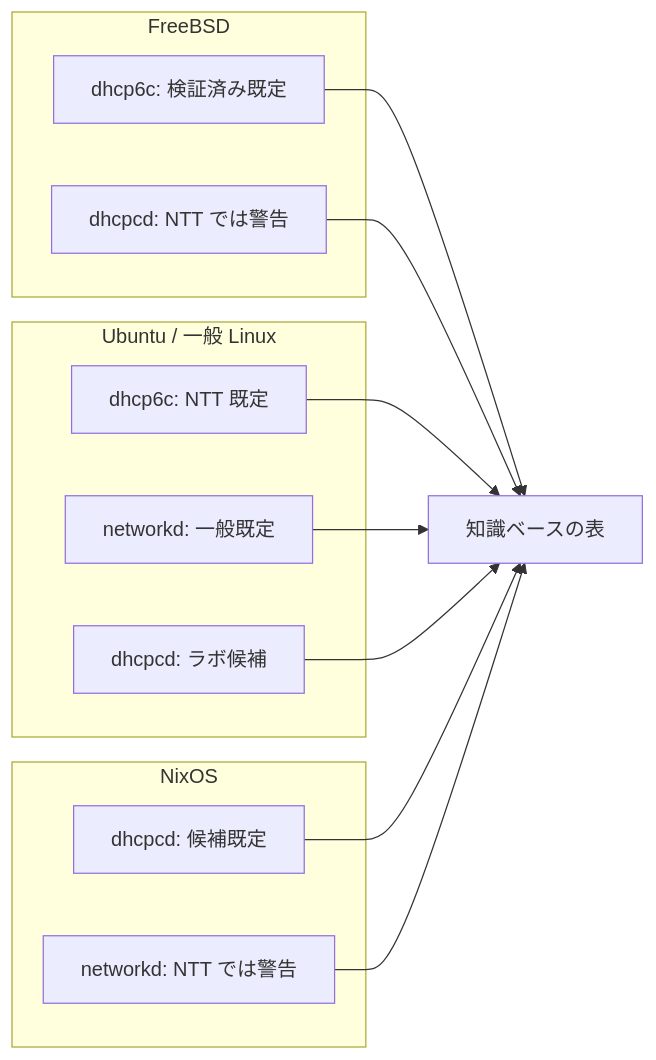
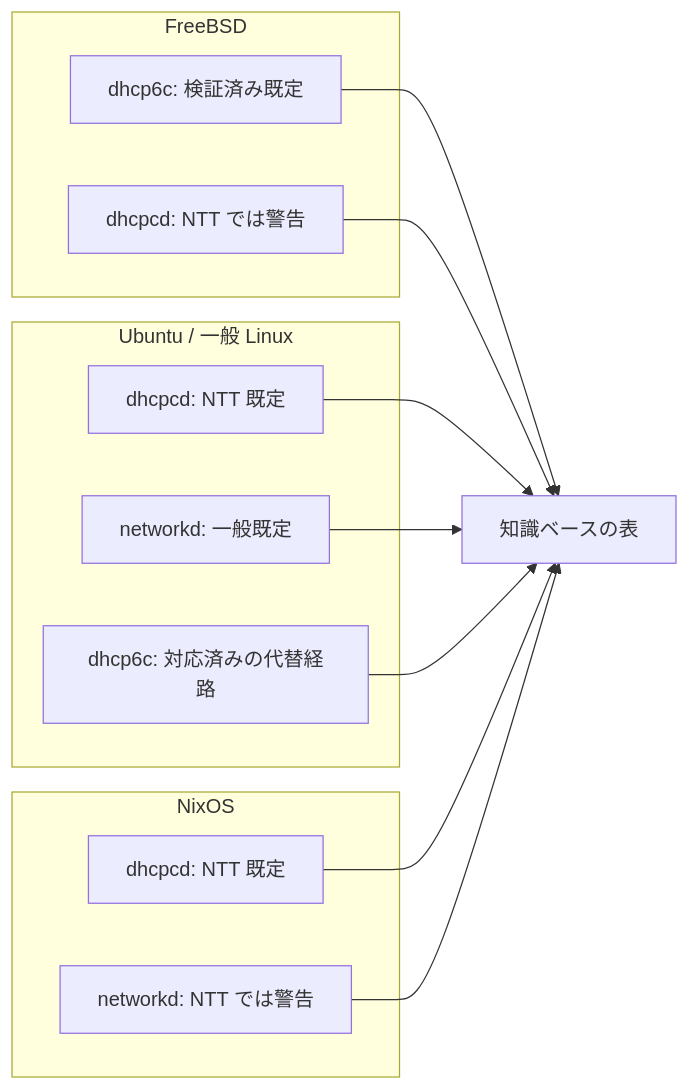
Before and after one commit to imksoo/routerd: the second of 2 diagrams in website/i18n/ja/docusaurus-plugin-content-docs/current/design-notes.md, drawn with Mermaid. The commit also changed other lines of this file and 14 other files, not shown here.

Commit message:
Default Linux NTT PD client to dhcpcd

````diff
--- a/website/i18n/ja/docusaurus-plugin-content-docs/current/design-notes.md
+++ b/website/i18n/ja/docusaurus-plugin-content-docs/current/design-notes.md
@@ -587,23 +588,23 @@
 ```mermaid
 flowchart LR
   subgraph FreeBSD
     F1[dhcp6c: 検証済み既定]
     F2[dhcpcd: NTT では警告]
   end
   subgraph UbuntuLinux["Ubuntu / 一般 Linux"]
-    L1[dhcp6c: NTT 既定]
+    L1[dhcpcd: NTT 既定]
     L2[networkd: 一般既定]
-    L3[dhcpcd: ラボ候補]
+    L3[dhcp6c: 対応済みの代替経路]
   end
   subgraph NixOS
-    N1[dhcpcd: 候補既定]
+    N1[dhcpcd: NTT 既定]
     N2[networkd: NTT では警告]
   end
   F1 --> KB[知識ベースの表]
   F2 --> KB
   L1 --> KB
   L2 --> KB
   L3 --> KB
   N1 --> KB
   N2 --> KB
 ```
````
